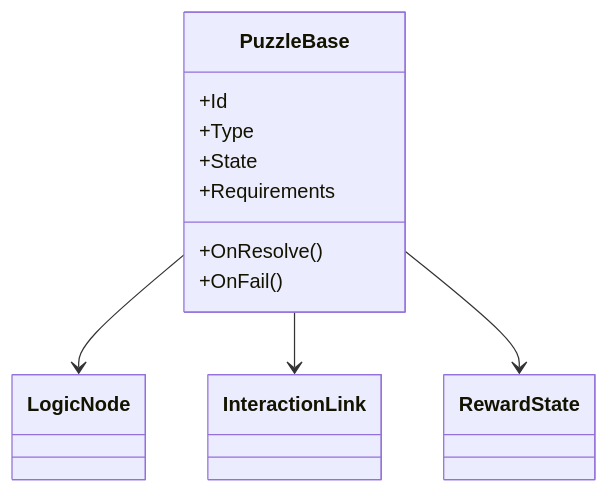
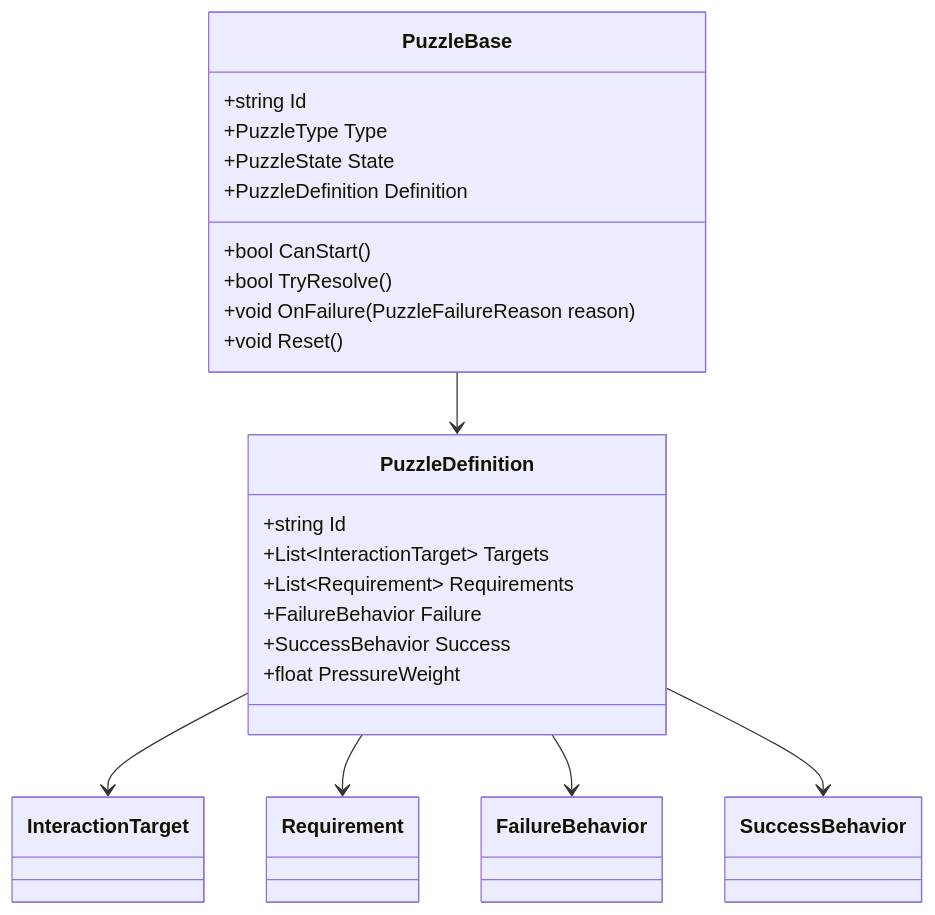
The fourth of 5 diagrams in Project-Echo/docs/GDD/07 Puzzle Framework.md (snehadpatel/QuestBit), drawn with Mermaid before and after one commit. The commit also changed other lines of this file and 2 other files, not shown here.

````diff
--- a/Project-Echo/docs/GDD/07 Puzzle Framework.md
+++ b/Project-Echo/docs/GDD/07 Puzzle Framework.md
@@ -42,17 +401,33 @@
 ```mermaid
 classDiagram
     class PuzzleBase {
-        +Id
-        +Type
-        +State
-        +Requirements
-        +OnResolve()
-        +OnFail()
+        +string Id
+        +PuzzleType Type
+        +PuzzleState State
+        +PuzzleDefinition Definition
+        +bool CanStart()
+        +bool TryResolve()
+        +void OnFailure(PuzzleFailureReason reason)
+        +void Reset()
     }
-    class LogicNode
-    class InteractionLink
-    class RewardState
-    PuzzleBase --> LogicNode
-    PuzzleBase --> InteractionLink
-    PuzzleBase --> RewardState
+
+    class PuzzleDefinition {
+        +string Id
+        +List~InteractionTarget~ Targets
+        +List~Requirement~ Requirements
+        +FailureBehavior Failure
+        +SuccessBehavior Success
+        +float PressureWeight
+    }
+
+    class InteractionTarget
+    class Requirement
+    class FailureBehavior
+    class SuccessBehavior
+
+    PuzzleBase --> PuzzleDefinition
+    PuzzleDefinition --> InteractionTarget
+    PuzzleDefinition --> Requirement
+    PuzzleDefinition --> FailureBehavior
+    PuzzleDefinition --> SuccessBehavior
 ```
````
